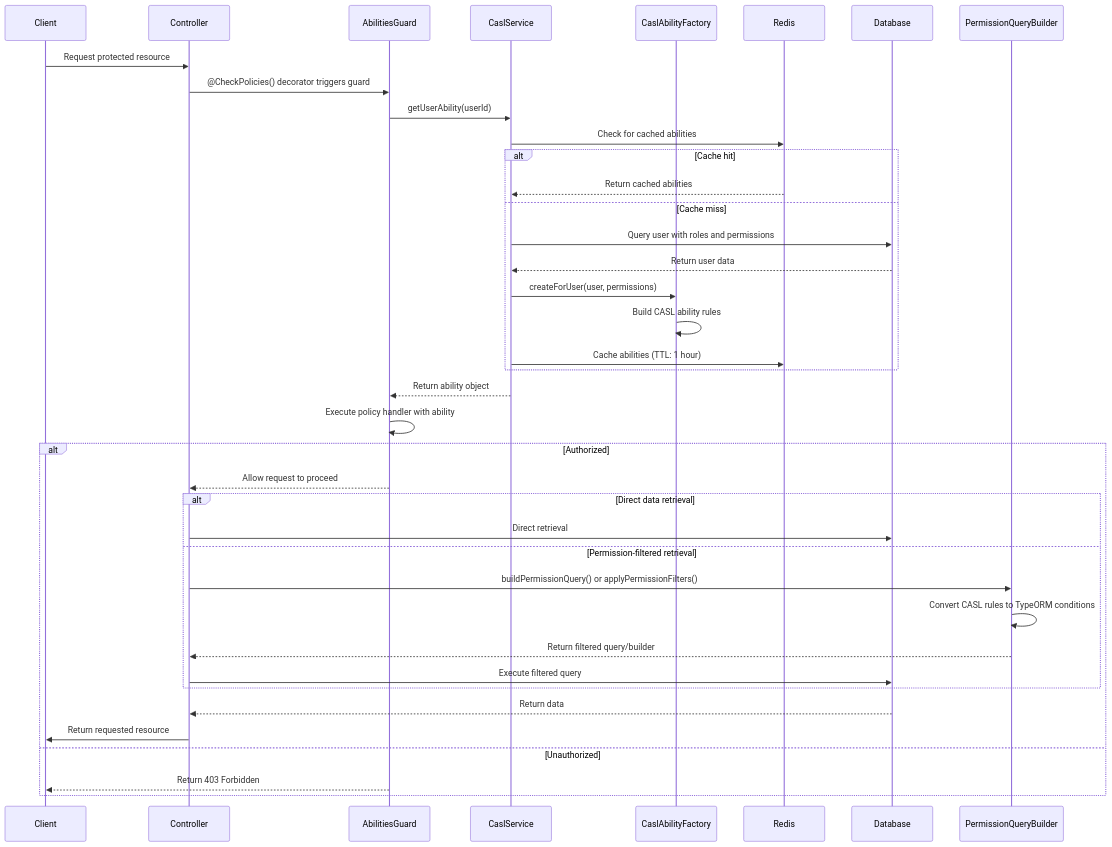
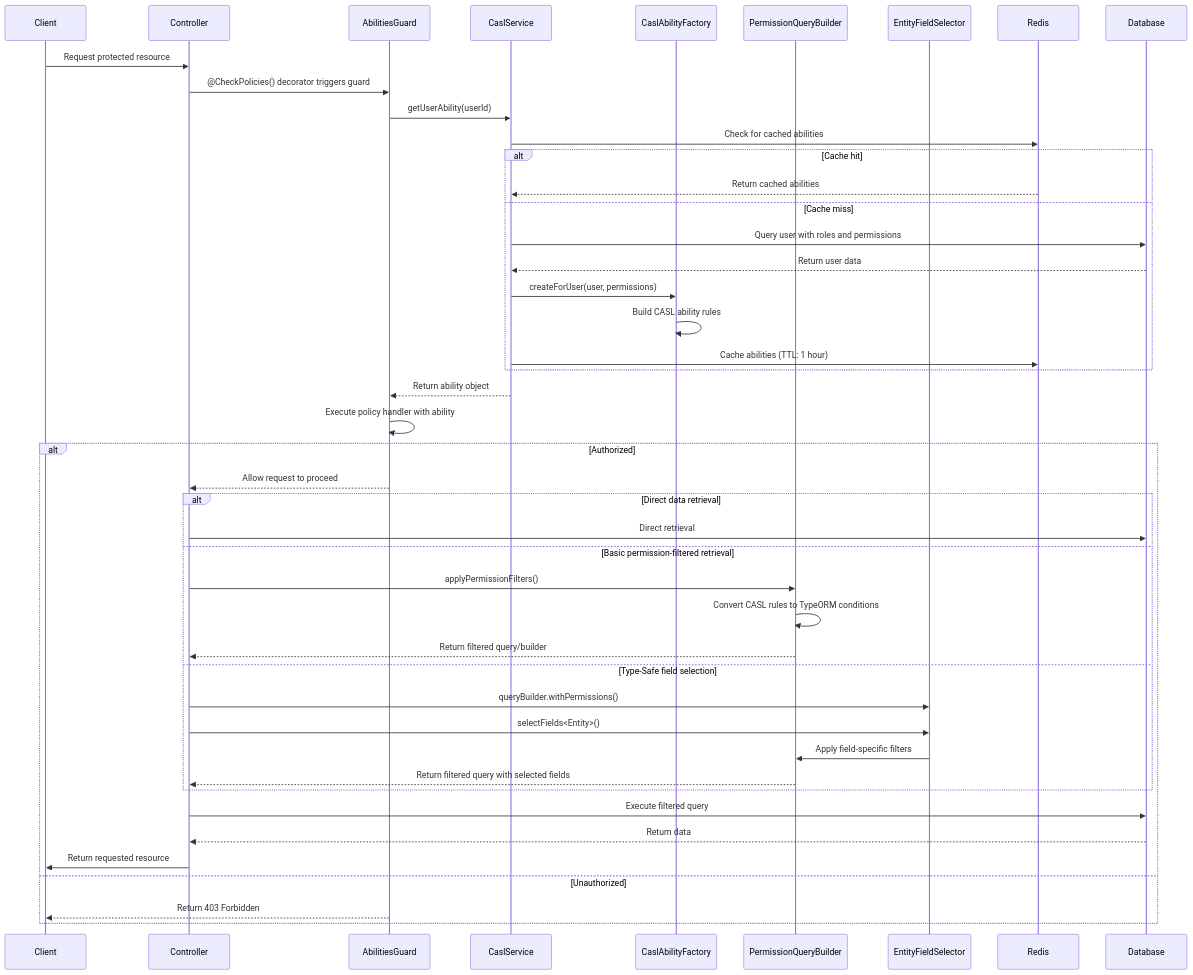
One commit to nakhaeizadeh2000/accounting-dashboard changed the second of 3 diagrams in api/docs/CASL.md. Above: the diagram before and after it, drawn with Mermaid. The commit also changed other lines of this file, not shown here.

First line of the commit message:
api -> update -> updates the CASL documentation to reflect the new features of field-level permissions and type-safe field selection.

````diff
--- a/api/docs/CASL.md
+++ b/api/docs/CASL.md
@@ -92,48 +97,54 @@
 ```mermaid
 sequenceDiagram
     participant Client
     participant Controller
     participant AbilitiesGuard
     participant CaslService
     participant CaslAbilityFactory
+    participant PermissionQueryBuilder
+    participant EntityFieldSelector
     participant Redis
     participant Database
-    participant PermissionQueryBuilder
 
     Client->>Controller: Request protected resource
     Controller->>AbilitiesGuard: @CheckPolicies() decorator triggers guard
 
     AbilitiesGuard->>CaslService: getUserAbility(userId)
     CaslService->>Redis: Check for cached abilities
 
     alt Cache hit
         Redis-->>CaslService: Return cached abilities
     else Cache miss
         CaslService->>Database: Query user with roles and permissions
         Database-->>CaslService: Return user data
         CaslService->>CaslAbilityFactory: createForUser(user, permissions)
         CaslAbilityFactory->>CaslAbilityFactory: Build CASL ability rules
         CaslService->>Redis: Cache abilities (TTL: 1 hour)
     end
 
     CaslService-->>AbilitiesGuard: Return ability object
     AbilitiesGuard->>AbilitiesGuard: Execute policy handler with ability
 
     alt Authorized
         AbilitiesGuard-->>Controller: Allow request to proceed
 
         alt Direct data retrieval
             Controller->>Database: Direct retrieval
-        else Permission-filtered retrieval
-            Controller->>PermissionQueryBuilder: buildPermissionQuery() or applyPermissionFilters()
+        else Basic permission-filtered retrieval
+            Controller->>PermissionQueryBuilder: applyPermissionFilters()
             PermissionQueryBuilder->>PermissionQueryBuilder: Convert CASL rules to TypeORM conditions
             PermissionQueryBuilder-->>Controller: Return filtered query/builder
-            Controller->>Database: Execute filtered query
+        else Type-Safe field selection
+            Controller->>EntityFieldSelector: queryBuilder.withPermissions()
+            Controller->>EntityFieldSelector: selectFields<Entity>()
+            EntityFieldSelector->>PermissionQueryBuilder: Apply field-specific filters
+            PermissionQueryBuilder-->>Controller: Return filtered query with selected fields
         end
 
+        Controller->>Database: Execute filtered query
         Database-->>Controller: Return data
         Controller->>Client: Return requested resource
     else Unauthorized
         AbilitiesGuard-->>Client: Return 403 Forbidden
     end
 ```
````
